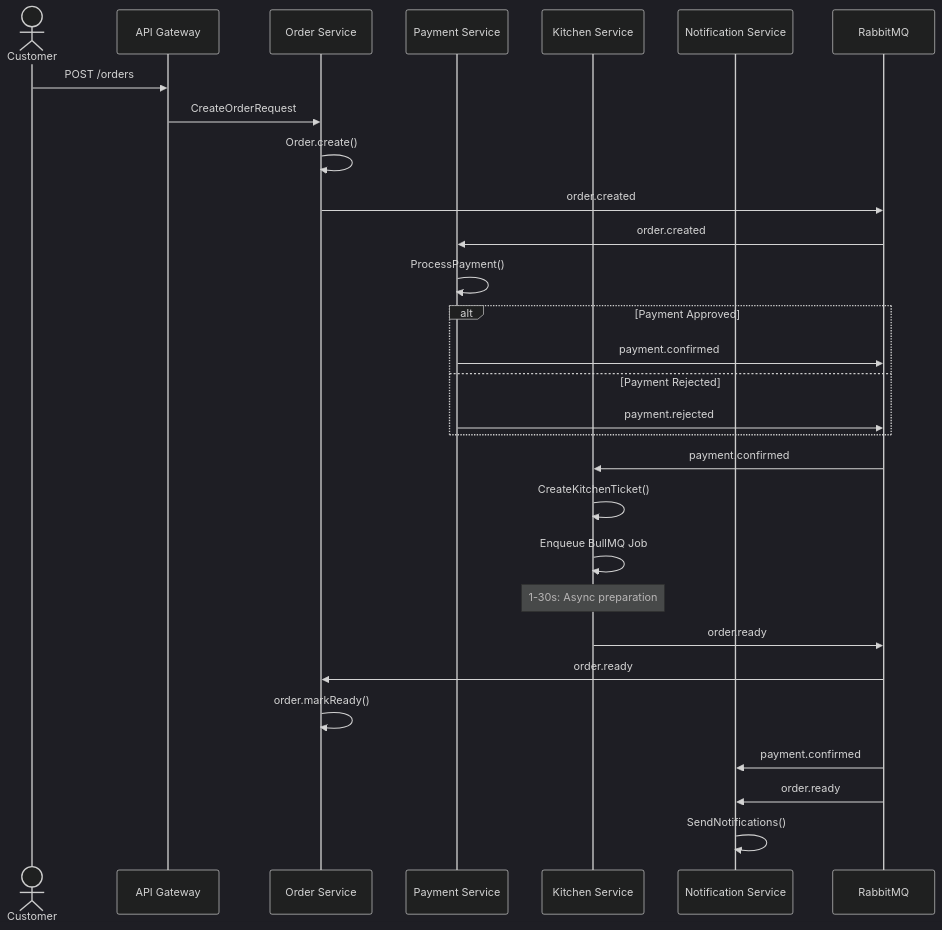
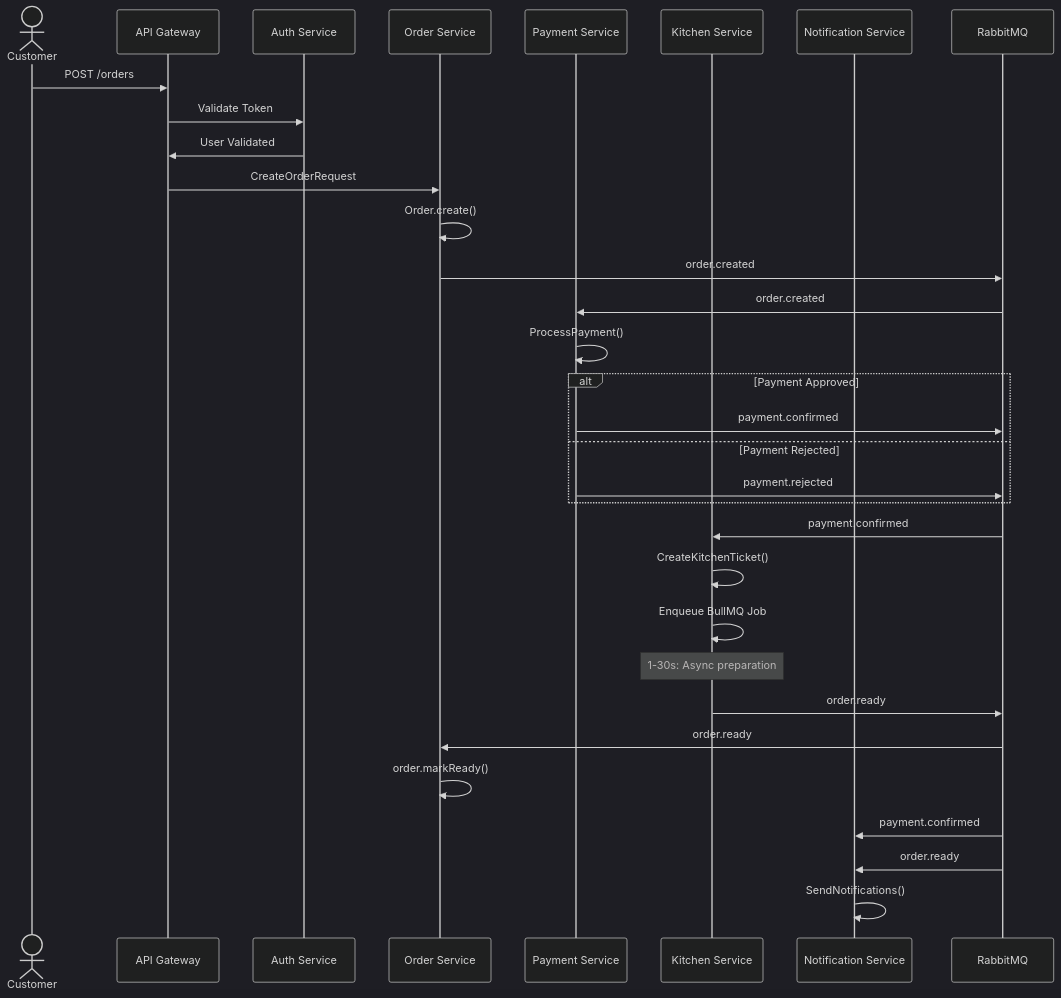
Before and after one commit to felipersas/food-delivery-microservices: the second of 3 diagrams in README.en.md, drawn with Mermaid (dark theme). The commit also changed other lines of this file and 2 other files, not shown here.

````diff
--- a/README.en.md
+++ b/README.en.md
@@ -95,36 +107,39 @@
 ```mermaid
 sequenceDiagram
     actor C as Customer
     participant GW as API Gateway
+    participant AU as Auth Service
     participant OS as Order Service
     participant PS as Payment Service
     participant KS as Kitchen Service
     participant NS as Notification Service
     participant RMQ as RabbitMQ
 
     C->>GW: POST /orders
+    GW->>AU: Validate Token
+    AU->>GW: User Validated
     GW->>OS: CreateOrderRequest
     OS->>OS: Order.create()
     OS->>RMQ: order.created
 
     RMQ->>PS: order.created
     PS->>PS: ProcessPayment()
     alt Payment Approved
         PS->>RMQ: payment.confirmed
     else Payment Rejected
         PS->>RMQ: payment.rejected
     end
 
     RMQ->>KS: payment.confirmed
     KS->>KS: CreateKitchenTicket()
     KS->>KS: Enqueue BullMQ Job
     Note over KS: 1-30s: Async preparation
     KS->>RMQ: order.ready
 
     RMQ->>OS: order.ready
     OS->>OS: order.markReady()
 
     RMQ->>NS: payment.confirmed
     RMQ->>NS: order.ready
     NS->>NS: SendNotifications()
 ```
````
